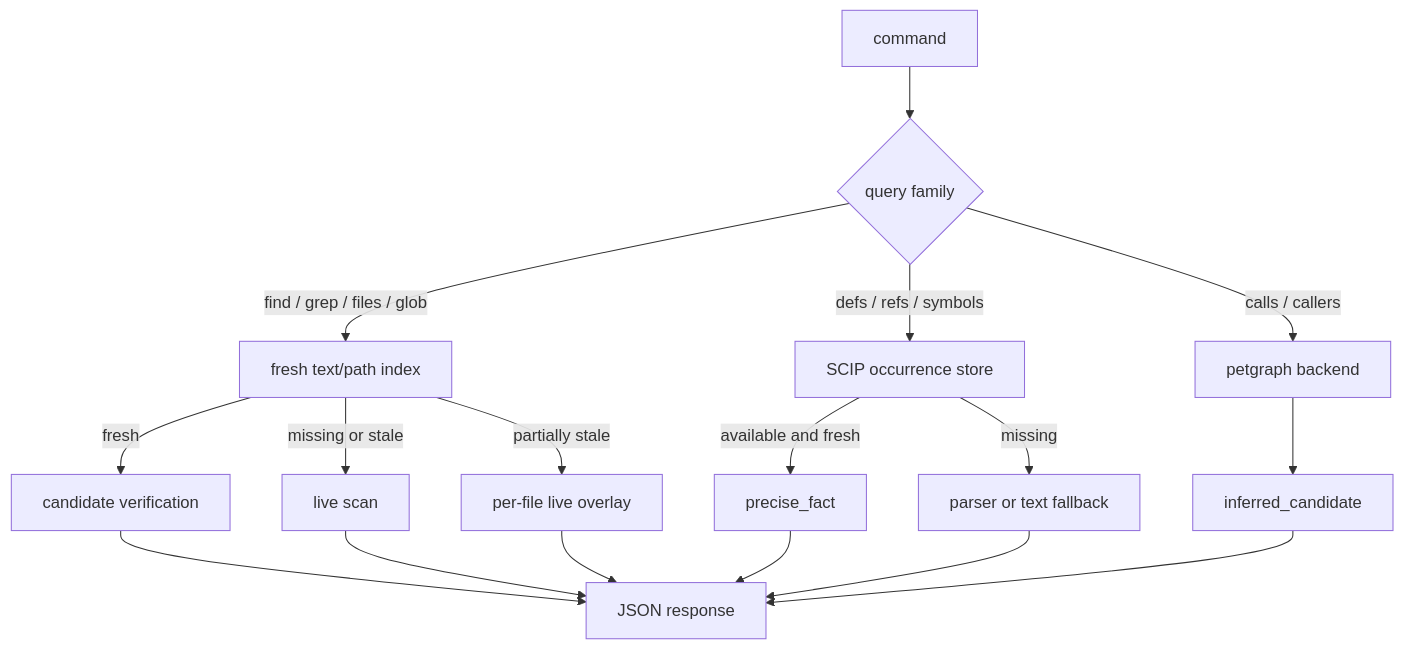
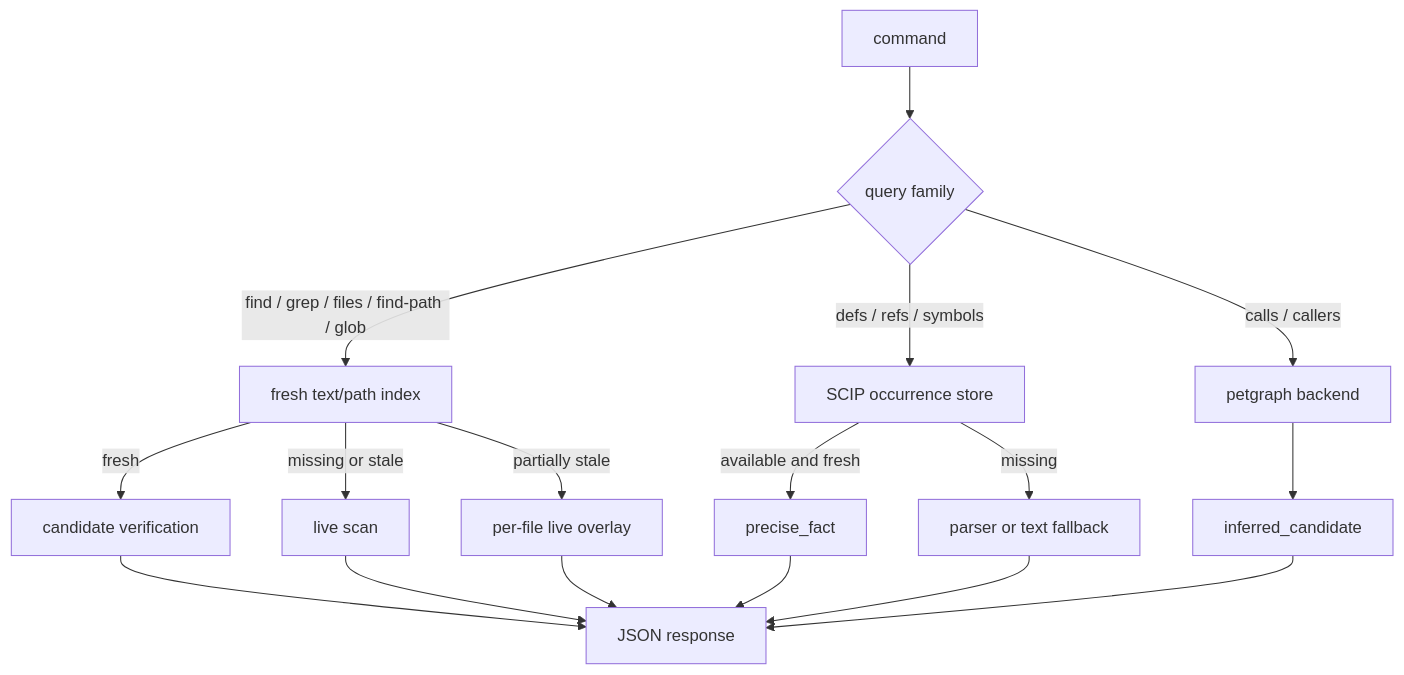
The third of 6 diagrams in docs/01-architecture.md (mars167/CodeTrail), drawn with Mermaid before and after one commit. The commit also changed other lines of this file and 10 other files, not shown here.

````diff
--- a/docs/01-architecture.md
+++ b/docs/01-architecture.md
@@ -69,23 +69,23 @@
 ```mermaid
 flowchart TD
   Cmd["command"] --> Kind{"query family"}
 
-  Kind -->|find / grep / files / glob| Text["fresh text/path index"]
+  Kind -->|find / grep / files / find-path / glob| Text["fresh text/path index"]
   Text -->|fresh| Verify["candidate verification"]
   Text -->|missing or stale| Scan["live scan"]
   Text -->|partially stale| Overlay["per-file live overlay"]
 
   Kind -->|defs / refs / symbols| Scip["SCIP occurrence store"]
   Scip -->|available and fresh| Precise["precise_fact"]
   Scip -->|missing| Fallback["parser or text fallback"]
 
   Kind -->|calls / callers| Graph["petgraph backend"]
   Graph --> Candidate["inferred_candidate"]
 
   Verify --> Json["JSON response"]
   Scan --> Json
   Overlay --> Json
   Precise --> Json
   Fallback --> Json
   Candidate --> Json
 ```
````
